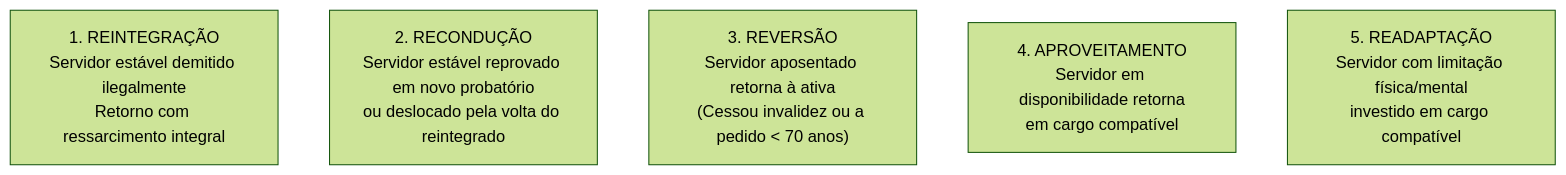
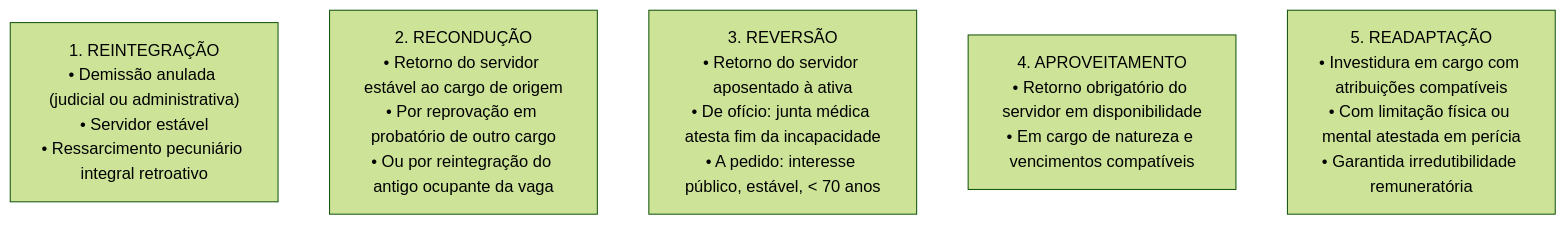
Before and after one commit to thiagosantos346/TCE-GO-2027: the fifth of 9 diagrams in fontes_de_estudo/conhecimentos_especificos_a01_tecnico_administrativo/25_gestao_de_pessoas/04_estatuto_dos_servidores_do_estado_de_goias_lei_20756.md, drawn with Mermaid (forest theme). The commit also changed other lines of this file and 119 other files, not shown here.

````diff
--- a/fontes_de_estudo/conhecimentos_especificos_a01_tecnico_administrativo/25_gestao_de_pessoas/04_estatuto_dos_servidores_do_estado_de_goias_lei_20756.md
+++ b/fontes_de_estudo/conhecimentos_especificos_a01_tecnico_administrativo/25_gestao_de_pessoas/04_estatuto_dos_servidores_do_estado_de_goias_lei_20756.md
@@ -145,8 +246,8 @@
 ```mermaid
 flowchart TD
-    RI["1. REINTEGRAÇÃO<br/>Servidor estável demitido ilegalmente<br/>Retorno com ressarcimento integral"]
-    RC["2. RECONDUÇÃO<br/>Servidor estável reprovado em novo probatório<br/>ou deslocado pela volta do reintegrado"]
-    RV["3. REVERSÃO<br/>Servidor aposentado retorna à ativa<br/>(Cessou invalidez ou a pedido < 70 anos)"]
-    AP["4. APROVEITAMENTO<br/>Servidor em disponibilidade retorna<br/>em cargo compatível"]
-    RD["5. READAPTAÇÃO<br/>Servidor com limitação física/mental<br/>investido em cargo compatível"]
+    RI["1. REINTEGRAÇÃO<br/>• Demissão anulada (judicial ou administrativa)<br/>• Servidor estável<br/>• Ressarcimento pecuniário integral retroativo"]
+    RC["2. RECONDUÇÃO<br/>• Retorno do servidor estável ao cargo de origem<br/>• Por reprovação em probatório de outro cargo<br/>• Ou por reintegração do antigo ocupante da vaga"]
+    RV["3. REVERSÃO<br/>• Retorno do servidor aposentado à ativa<br/>• De ofício: junta médica atesta fim da incapacidade<br/>• A pedido: interesse público, estável, < 70 anos"]
+    AP["4. APROVEITAMENTO<br/>• Retorno obrigatório do servidor em disponibilidade<br/>• Em cargo de natureza e vencimentos compatíveis"]
+    RD["5. READAPTAÇÃO<br/>• Investidura em cargo com atribuições compatíveis<br/>• Com limitação física ou mental atestada em perícia<br/>• Garantida irredutibilidade remuneratória"]
 ```
````
